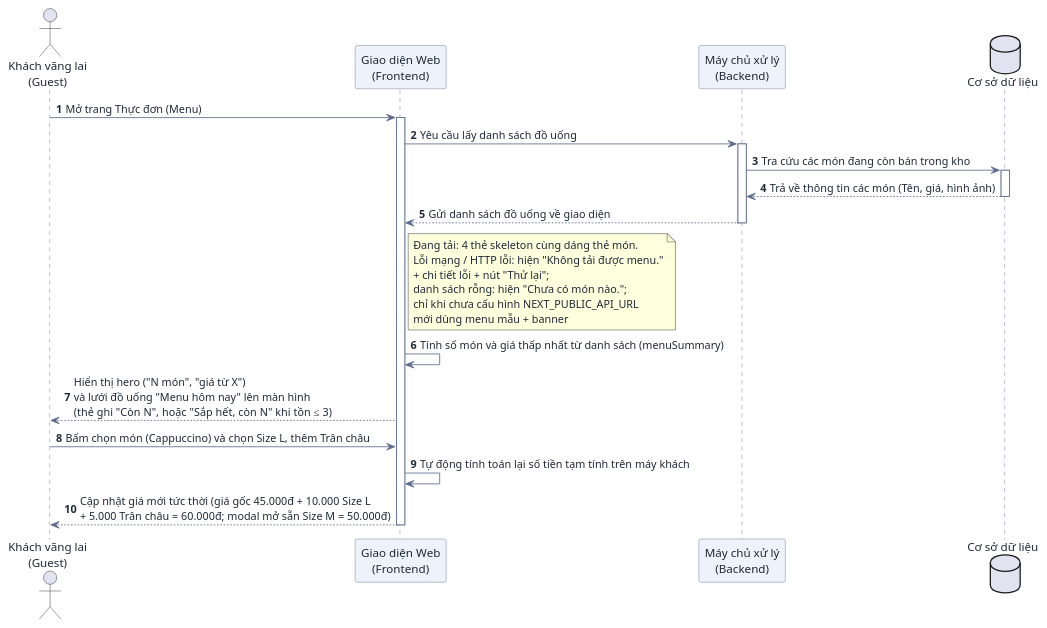
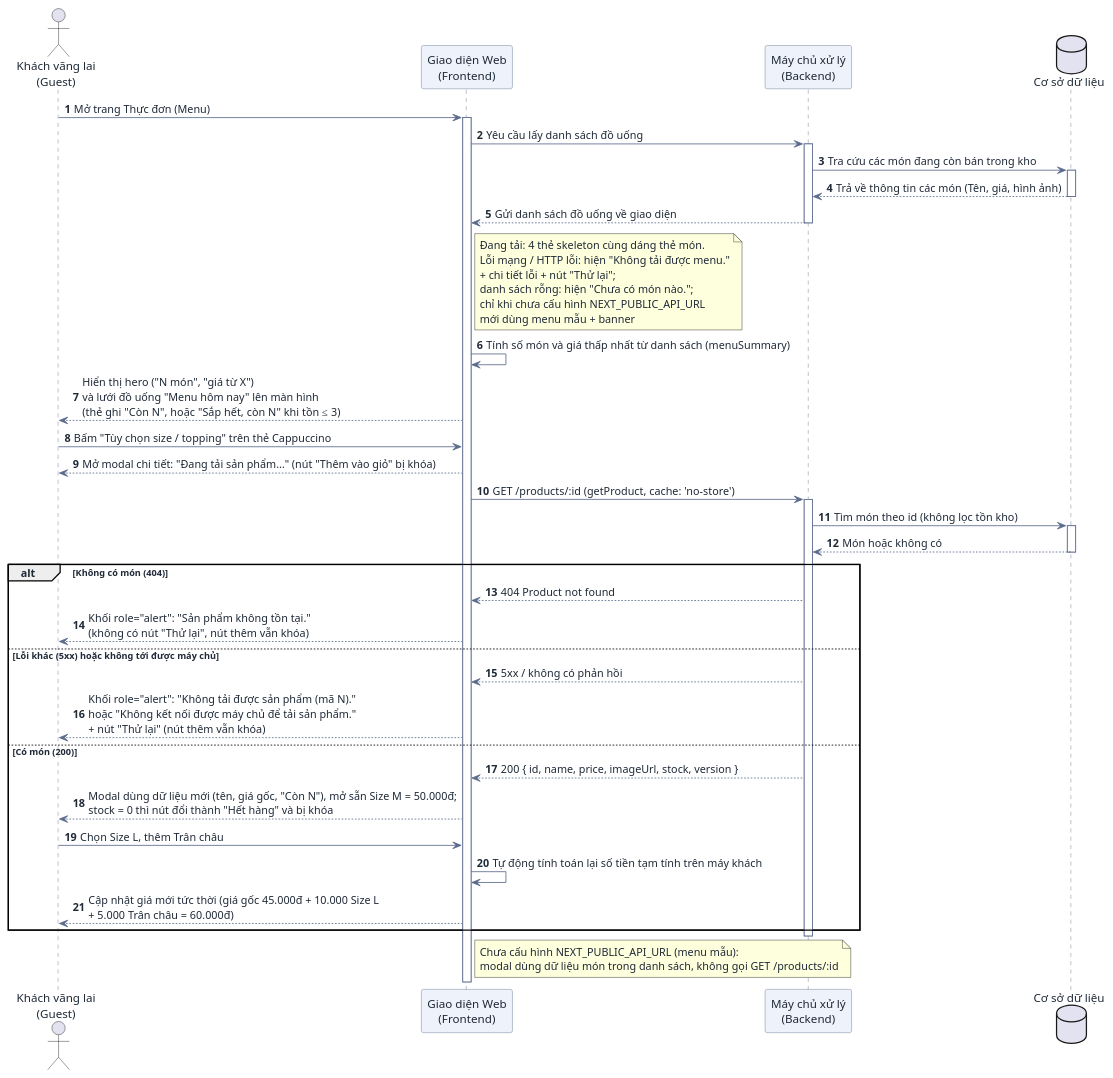
The first of 10 diagrams in docs/user-sequence-specifications.md (DuVinhLoi/BrewLite), drawn with PlantUML before and after one commit. The commit also changed other lines of this file and 1 other file, not shown here.

Commit message:
docs: sync UC01 product detail and auth changes from task 4-7
- Sequence 2.1: modal reloads the product via GET /products/:id, with
  loading, 404 and retryable error branches; Part III UC01 row updated.
- Sequence 2.3 C: email normalization, P2002 race returns 409, required
  JWT_SECRET, guard rejects tokens without sub/email.
- Sequence 2.9 C and README: drop the removed in-code default JWT key.

````diff
--- a/docs/user-sequence-specifications.md
+++ b/docs/user-sequence-specifications.md
@@ -104,37 +104,57 @@
 ```plantuml
 @startuml
 skinparam DefaultFontColor #1f2937
 skinparam ArrowColor #5b6b8c
 skinparam SequenceParticipantBackgroundColor #eef2fb
 skinparam SequenceParticipantBorderColor #5b6b8c
 skinparam SequenceLifeLineBorderColor #5b6b8c
 
 autonumber
 actor "Khách vãng lai\n(Guest)" as User
 participant "Giao diện Web\n(Frontend)" as FE
 participant "Máy chủ xử lý\n(Backend)" as BE
 database "Cơ sở dữ liệu" as DB
 
 User -> FE : Mở trang Thực đơn (Menu)
 activate FE
 
 FE -> BE : Yêu cầu lấy danh sách đồ uống
 activate BE
 
 BE -> DB : Tra cứu các món đang còn bán trong kho
 activate DB
 DB --> BE : Trả về thông tin các món (Tên, giá, hình ảnh)
 deactivate DB
 
 BE --> FE : Gửi danh sách đồ uống về giao diện
 note right of FE : Đang tải: 4 thẻ skeleton cùng dáng thẻ món.\nLỗi mạng / HTTP lỗi: hiện "Không tải được menu."\n+ chi tiết lỗi + nút "Thử lại";\ndanh sách rỗng: hiện "Chưa có món nào.";\nchỉ khi chưa cấu hình NEXT_PUBLIC_API_URL\nmới dùng menu mẫu + banner
 deactivate BE
 
 FE -> FE : Tính số món và giá thấp nhất từ danh sách (menuSummary)
 FE --> User : Hiển thị hero ("N món", "giá từ X")\nvà lưới đồ uống "Menu hôm nay" lên màn hình\n(thẻ ghi "Còn N", hoặc "Sắp hết, còn N" khi tồn ≤ 3)
-User -> FE : Bấm chọn món (Cappuccino) và chọn Size L, thêm Trân châu
-FE -> FE : Tự động tính toán lại số tiền tạm tính trên máy khách
-FE --> User : Cập nhật giá mới tức thời (giá gốc 45.000đ + 10.000 Size L\n+ 5.000 Trân châu = 60.000đ; modal mở sẵn Size M = 50.000đ)
+User -> FE : Bấm "Tùy chọn size / topping" trên thẻ Cappuccino
+FE --> User : Mở modal chi tiết: "Đang tải sản phẩm…" (nút "Thêm vào giỏ" bị khóa)
+FE -> BE : GET /products/:id (getProduct, cache: 'no-store')
+activate BE
+BE -> DB : Tìm món theo id (không lọc tồn kho)
+activate DB
+DB --> BE : Món hoặc không có
+deactivate DB
+alt Không có món (404)
+  BE --> FE : 404 Product not found
+  FE --> User : Khối role="alert": "Sản phẩm không tồn tại."\n(không có nút "Thử lại", nút thêm vẫn khóa)
+else Lỗi khác (5xx) hoặc không tới được máy chủ
+  BE --> FE : 5xx / không có phản hồi
+  FE --> User : Khối role="alert": "Không tải được sản phẩm (mã N)."\nhoặc "Không kết nối được máy chủ để tải sản phẩm."\n+ nút "Thử lại" (nút thêm vẫn khóa)
+else Có món (200)
+  BE --> FE : 200 { id, name, price, imageUrl, stock, version }
+  FE --> User : Modal dùng dữ liệu mới (tên, giá gốc, "Còn N"), mở sẵn Size M = 50.000đ;\nstock = 0 thì nút đổi thành "Hết hàng" và bị khóa
+  User -> FE : Chọn Size L, thêm Trân châu
+  FE -> FE : Tự động tính toán lại số tiền tạm tính trên máy khách
+  FE --> User : Cập nhật giá mới tức thời (giá gốc 45.000đ + 10.000 Size L\n+ 5.000 Trân châu = 60.000đ)
+end
+deactivate BE
+note right of FE : Chưa cấu hình NEXT_PUBLIC_API_URL (menu mẫu):\nmodal dùng dữ liệu món trong danh sách, không gọi GET /products/:id
 deactivate FE
 @enduml
 ```
````
